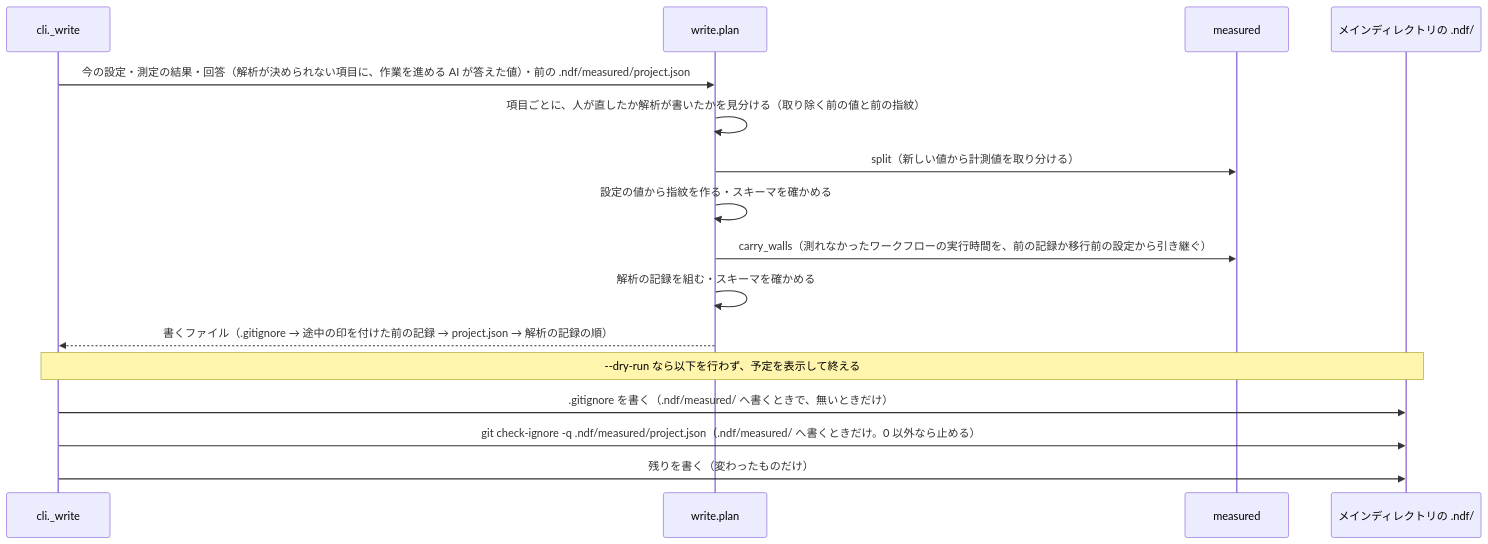
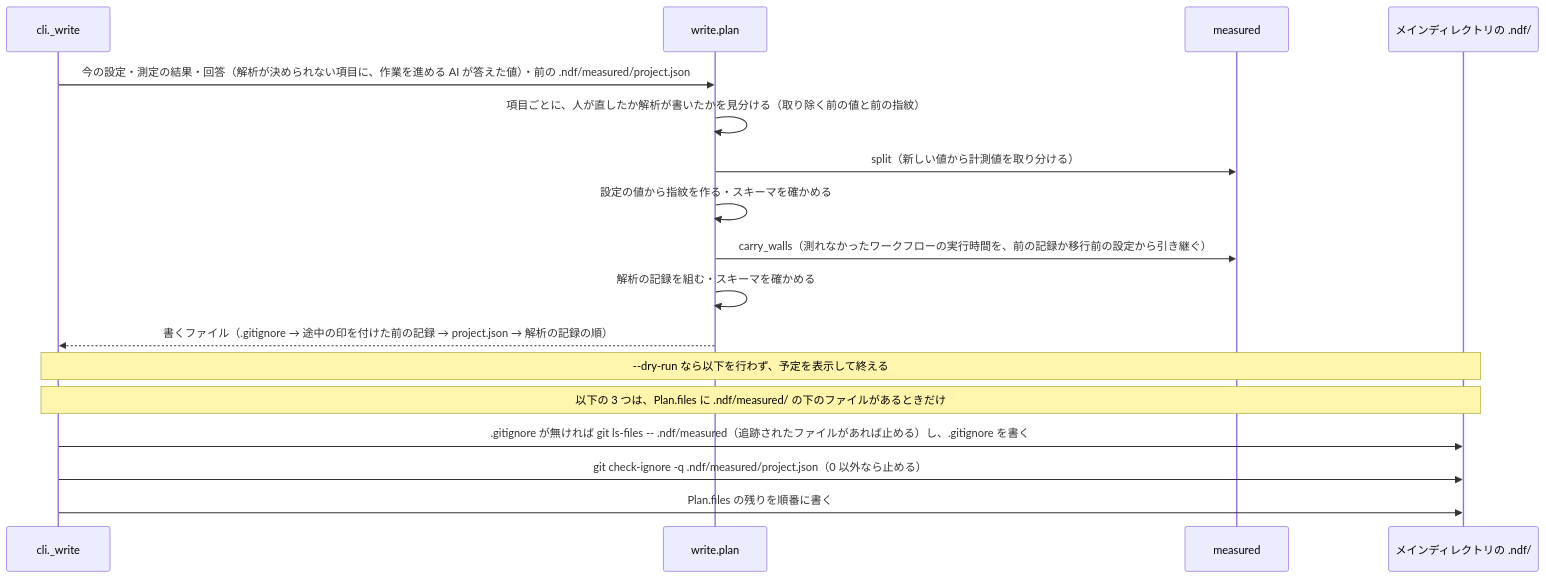
Before and after one commit to devbasex/ai-plugins: the third of 3 diagrams in issues/issue-4516-design.md, drawn with Mermaid. The commit also changed other lines of this file and 2 other files, not shown here.

````diff
--- a/issues/issue-4516-design.md
+++ b/issues/issue-4516-design.md
@@ -166,18 +174,19 @@
 ```mermaid
 sequenceDiagram
   participant CLI as cli._write
   participant W as write.plan
   participant MS as measured
   participant FS as メインディレクトリの .ndf/
   CLI->>W: 今の設定・測定の結果・回答（解析が決められない項目に、作業を進める AI が答えた値）・前の .ndf/measured/project.json
   W->>W: 項目ごとに、人が直したか解析が書いたかを見分ける（取り除く前の値と前の指紋）
   W->>MS: split（新しい値から計測値を取り分ける）
   W->>W: 設定の値から指紋を作る・スキーマを確かめる
   W->>MS: carry_walls（測れなかったワークフローの実行時間を、前の記録か移行前の設定から引き継ぐ）
   W->>W: 解析の記録を組む・スキーマを確かめる
   W-->>CLI: 書くファイル（.gitignore → 途中の印を付けた前の記録 → project.json → 解析の記録の順）
   Note over CLI,FS: --dry-run なら以下を行わず、予定を表示して終える
-  CLI->>FS: .gitignore を書く（.ndf/measured/ へ書くときで、無いときだけ）
-  CLI->>FS: git check-ignore -q .ndf/measured/project.json（.ndf/measured/ へ書くときだけ。0 以外なら止める）
-  CLI->>FS: 残りを書く（変わったものだけ）
+  Note over CLI,FS: 以下の 3 つは、Plan.files に .ndf/measured/ の下のファイルがあるときだけ
+  CLI->>FS: .gitignore が無ければ git ls-files -- .ndf/measured（追跡されたファイルがあれば止める）し、.gitignore を書く
+  CLI->>FS: git check-ignore -q .ndf/measured/project.json（0 以外なら止める）
+  CLI->>FS: Plan.files の残りを順番に書く
 ```
````
